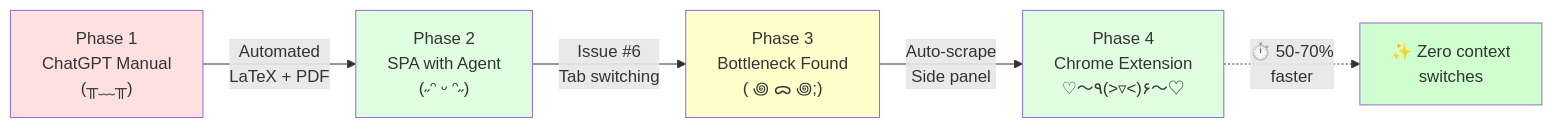
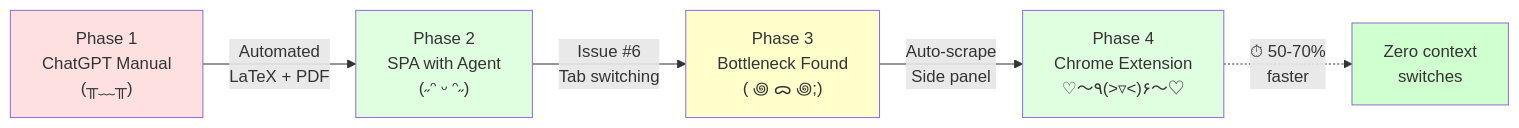
One commit to Yurui-Feng/Resume-Tailor-Agent-using-strands changed the diagram in README.md. Above: the diagram before and after it, drawn with Mermaid. The commit also changed other lines of this file, not shown here.

````diff
--- a/README.md
+++ b/README.md
@@ -9,19 +9,19 @@
 ```mermaid
 graph LR
     P1["Phase 1<br/>ChatGPT Manual<br/>(╥﹏╥)"]
     P2["Phase 2<br/>SPA with Agent<br/>(˶ᵔ ᵕ ᵔ˶)"]
     P3["Phase 3<br/>Bottleneck Found<br/>( ꩜ ᯅ ꩜;)"]
     P4["Phase 4<br/>Chrome Extension<br/>♡〜٩(˃▿˂)۶〜♡"]
 
     P1 -->|"Automated<br/>LaTeX + PDF"| P2
     P2 -->|"Issue #6<br/>Tab switching"| P3
     P3 -->|"Auto-scrape<br/>Side panel"| P4
 
-    P4 -.->|"⏱️ 50-70%<br/>faster"| RESULT["✨ Zero context<br/>switches"]
+    P4 -.->|"⏱ 50-70%<br/>faster"| RESULT[" Zero context<br/>switches"]
 
     style P1 fill:#ffe0e0
     style P2 fill:#e0ffe0
     style P3 fill:#ffffcc
     style P4 fill:#e0ffe0
     style RESULT fill:#d0ffd0
 ```
````
